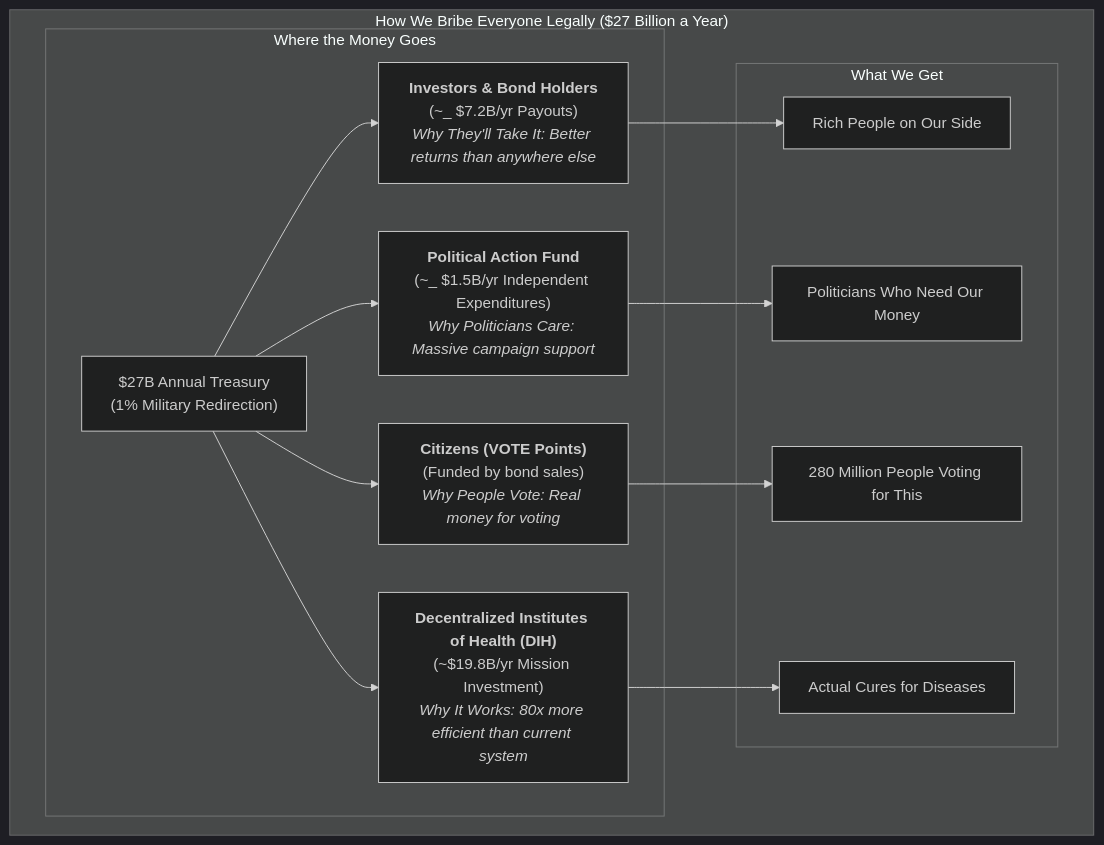
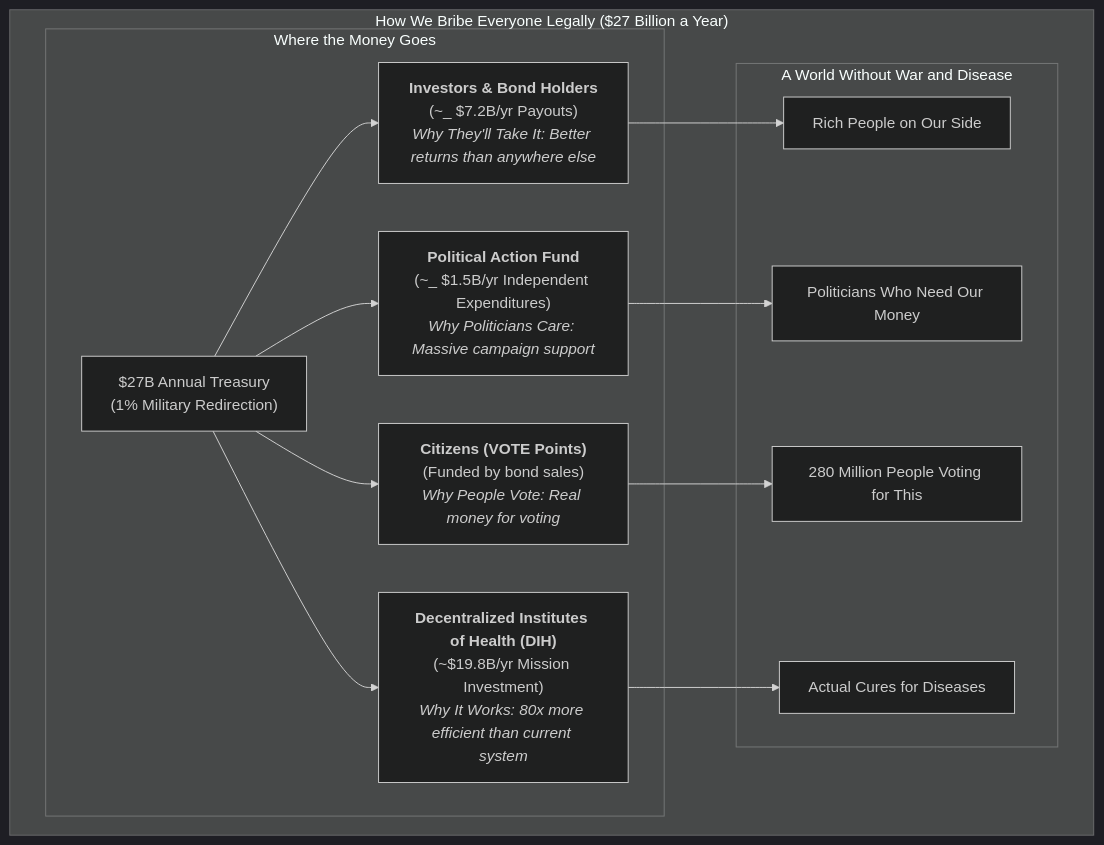
Before and after one commit to mikepsinn/disease-eradication-plan: the first of 2 diagrams in README.md, drawn with Mermaid (dark theme). The commit also changed other lines of this file and 2 other files, not shown here.

````diff
--- a/README.md
+++ b/README.md
@@ -106,20 +128,20 @@
 ```mermaid
 graph TD;
     subgraph "How We Bribe Everyone Legally ($27 Billion a Year)";
         A["$27B Annual Treasury<br/>(1% Military Redirection)"];
 
         subgraph "Where the Money Goes";
             A --> B["<b>Investors & Bond Holders</b><br/>(~_ $7.2B/yr Payouts)<br/><i>Why They'll Take It: Better returns than anywhere else</i>"];
             A --> C["<b>Political Action Fund</b><br/>(~_ $1.5B/yr Independent Expenditures)<br/><i>Why Politicians Care: Massive campaign support</i>"];
             A --> D["<b>Citizens (VOTE Points)</b><br/>(Funded by bond sales)<br/><i>Why People Vote: Real money for voting</i>"];
             A --> E["<b>Decentralized Institutes of Health (DIH)</b><br/>(~$19.8B/yr Mission Investment)<br/><i>Why It Works: 80x more efficient than current system</i>"];
         end
 
-        subgraph "What We Get";
+        subgraph "A World Without War and Disease";
             B --> F["Rich People on Our Side"];
             C --> G["Politicians Who Need Our Money"];
             D --> H["280 Million People Voting for This"];
             E --> I["Actual Cures for Diseases"];
         end
     end
 ```
````
